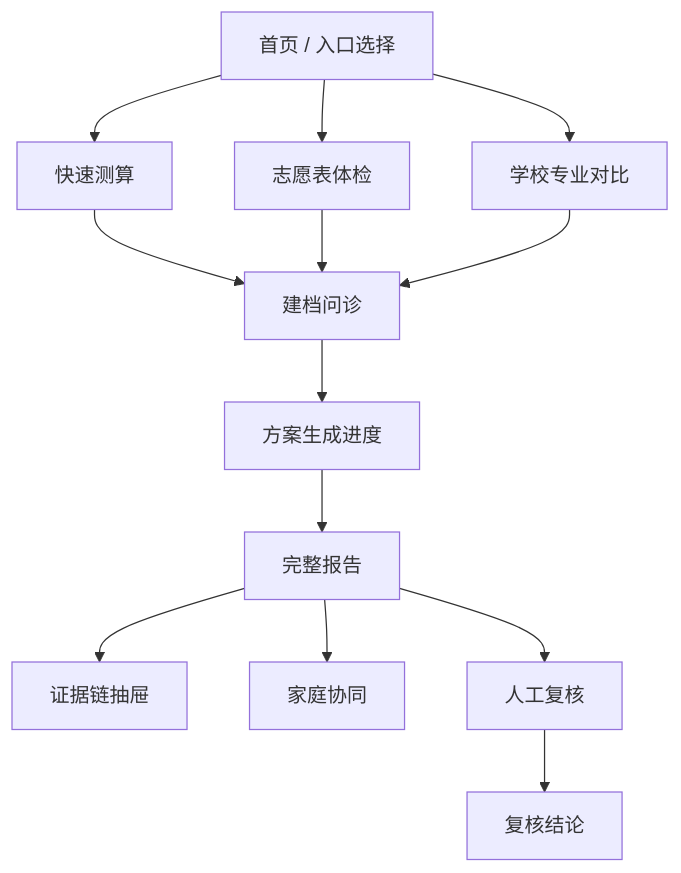
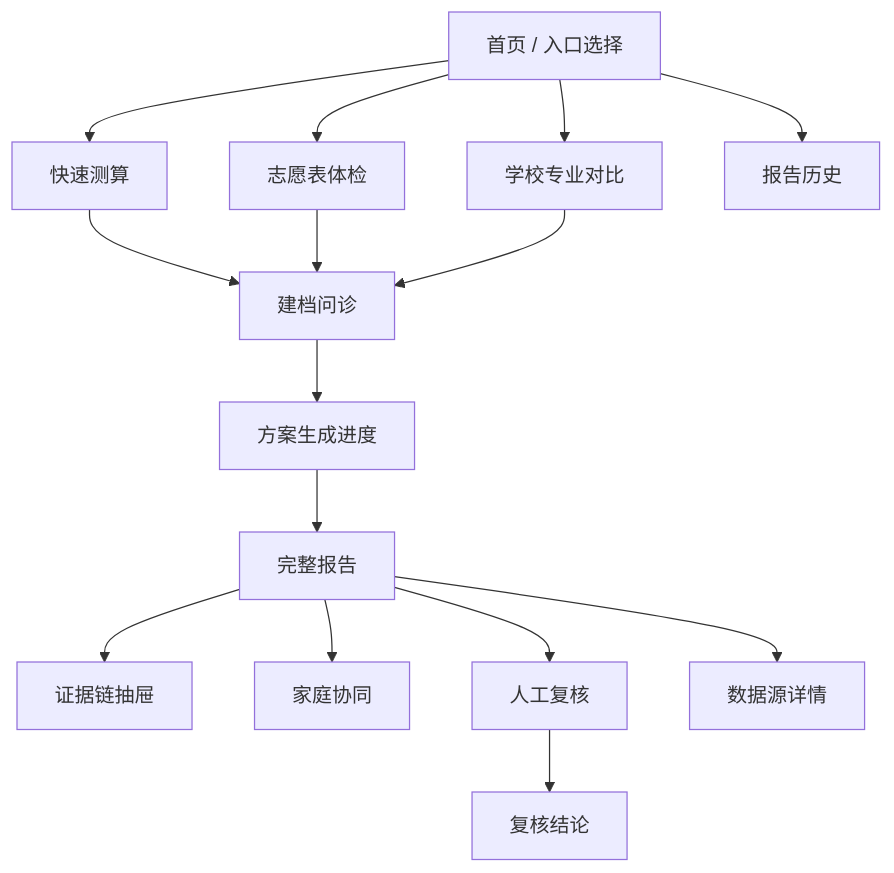
One commit to debugzhao/jin-guide changed the first of 5 diagrams in docs/frontend-prd.md. Above: the diagram before and after it, drawn with Mermaid. The commit also changed other lines of this file and 3 other files, not shown here.

````diff
--- a/docs/frontend-prd.md
+++ b/docs/frontend-prd.md
@@ -74,15 +148,17 @@
 ```mermaid
 flowchart TD
   A["首页 / 入口选择"] --> B["快速测算"]
   A --> C["志愿表体检"]
   A --> D["学校专业对比"]
+  A --> H["报告历史"]
   B --> E["建档问诊"]
   C --> E
   D --> E
   E --> F["方案生成进度"]
   F --> G["完整报告"]
-  G --> H["证据链抽屉"]
-  G --> I["家庭协同"]
-  G --> J["人工复核"]
-  J --> K["复核结论"]
+  G --> G1["证据链抽屉"]
+  G --> G2["家庭协同"]
+  G --> G3["人工复核"]
+  G3 --> G4["复核结论"]
+  G --> G5["数据源详情"]
 ```
````
